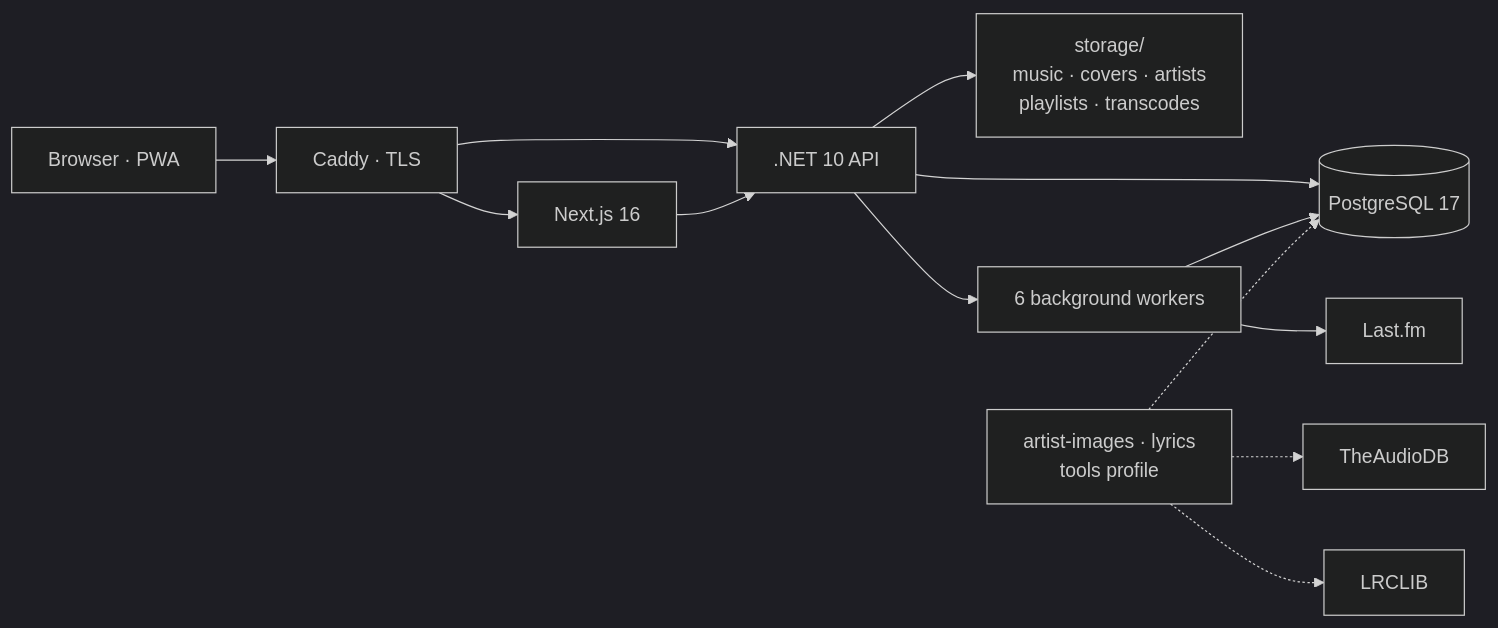
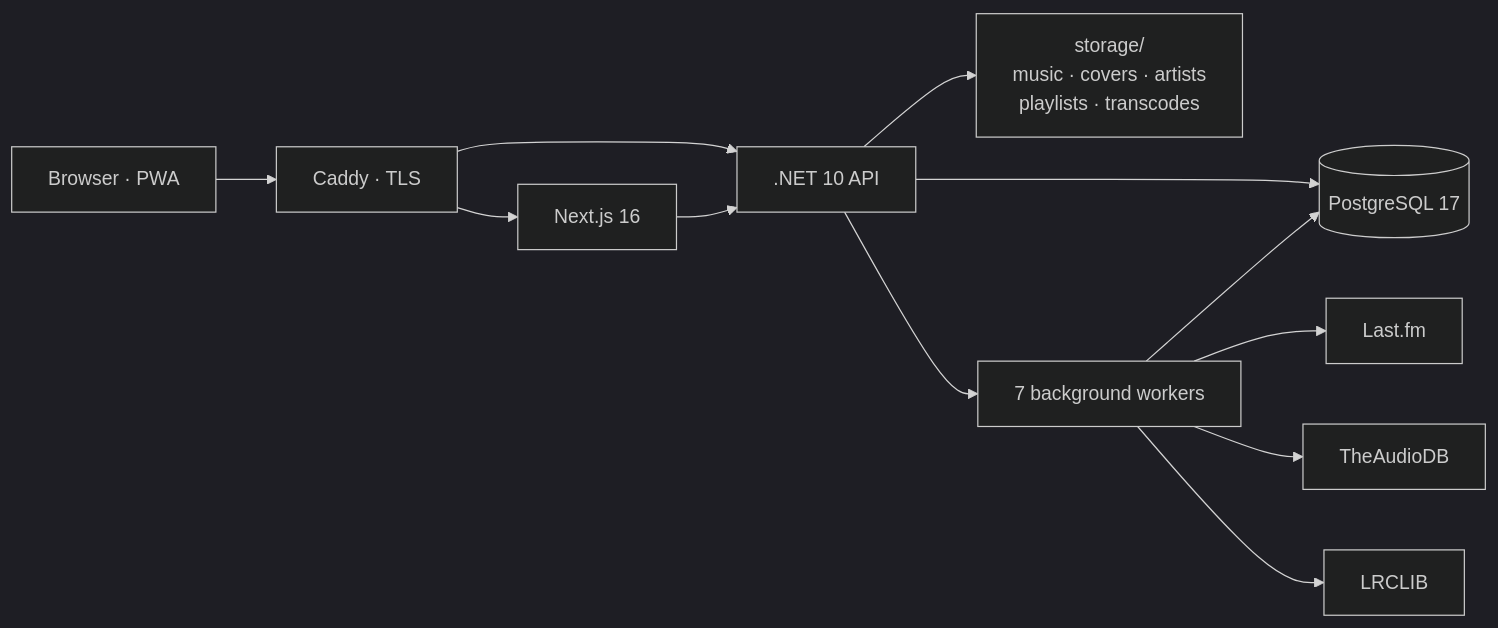
The diagram in README.md (BulatRuslanovich/music-streaming), drawn with Mermaid (dark theme) before and after one commit. The commit also changed other lines of this file and 34 other files, not shown here.

First line of the commit message:
Refactor: Remove Artist Images and Lyrics Tools

````diff
--- a/README.md
+++ b/README.md
@@ -71,15 +71,14 @@
 ```mermaid
 flowchart LR
   browser["Browser · PWA"] --> caddy["Caddy · TLS"]
   caddy --> web["Next.js 16"]
   caddy --> api[".NET 10 API"]
   web --> api
   api --> db[("PostgreSQL 17")]
   api --> disk["storage/<br/>music · covers · artists<br/>playlists · transcodes"]
-  api --> workers["6 background workers"]
+  api --> workers["7 background workers"]
   workers --> db
   workers --> lastfm["Last.fm"]
-  tools["artist-images · lyrics<br/>tools profile"] -.-> audiodb["TheAudioDB"]
-  tools -.-> lrclib["LRCLIB"]
-  tools -.-> db
+  workers --> audiodb["TheAudioDB"]
+  workers --> lrclib["LRCLIB"]
 ```
````
